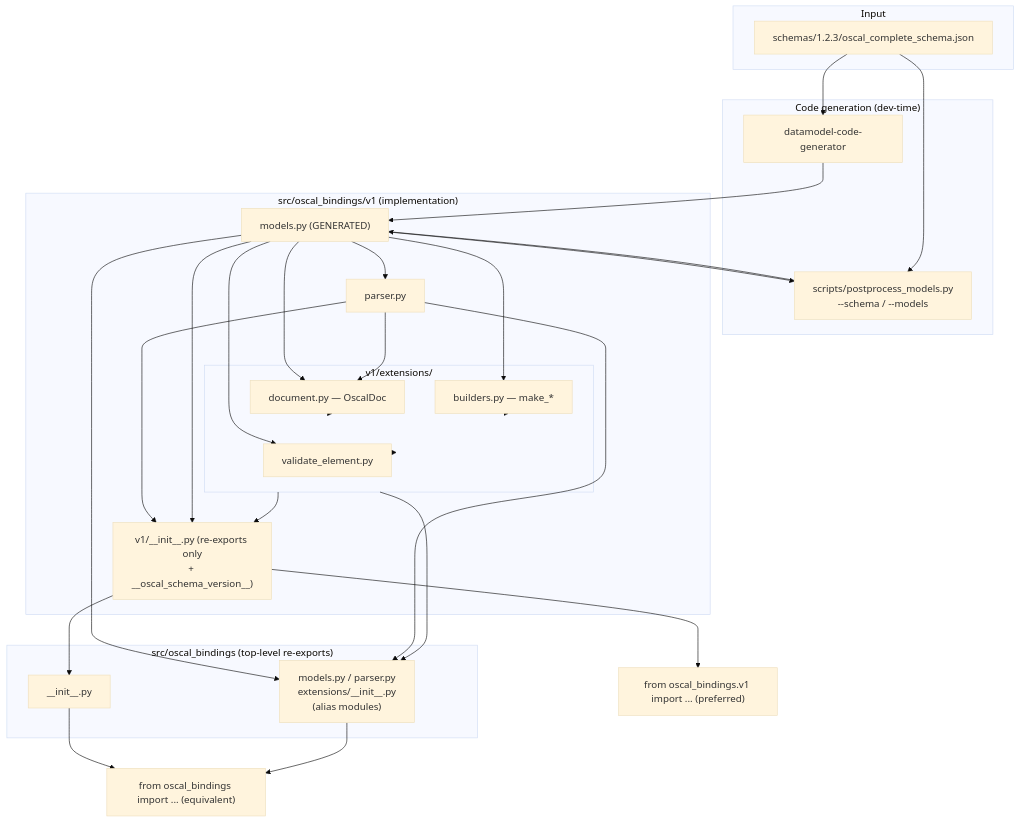
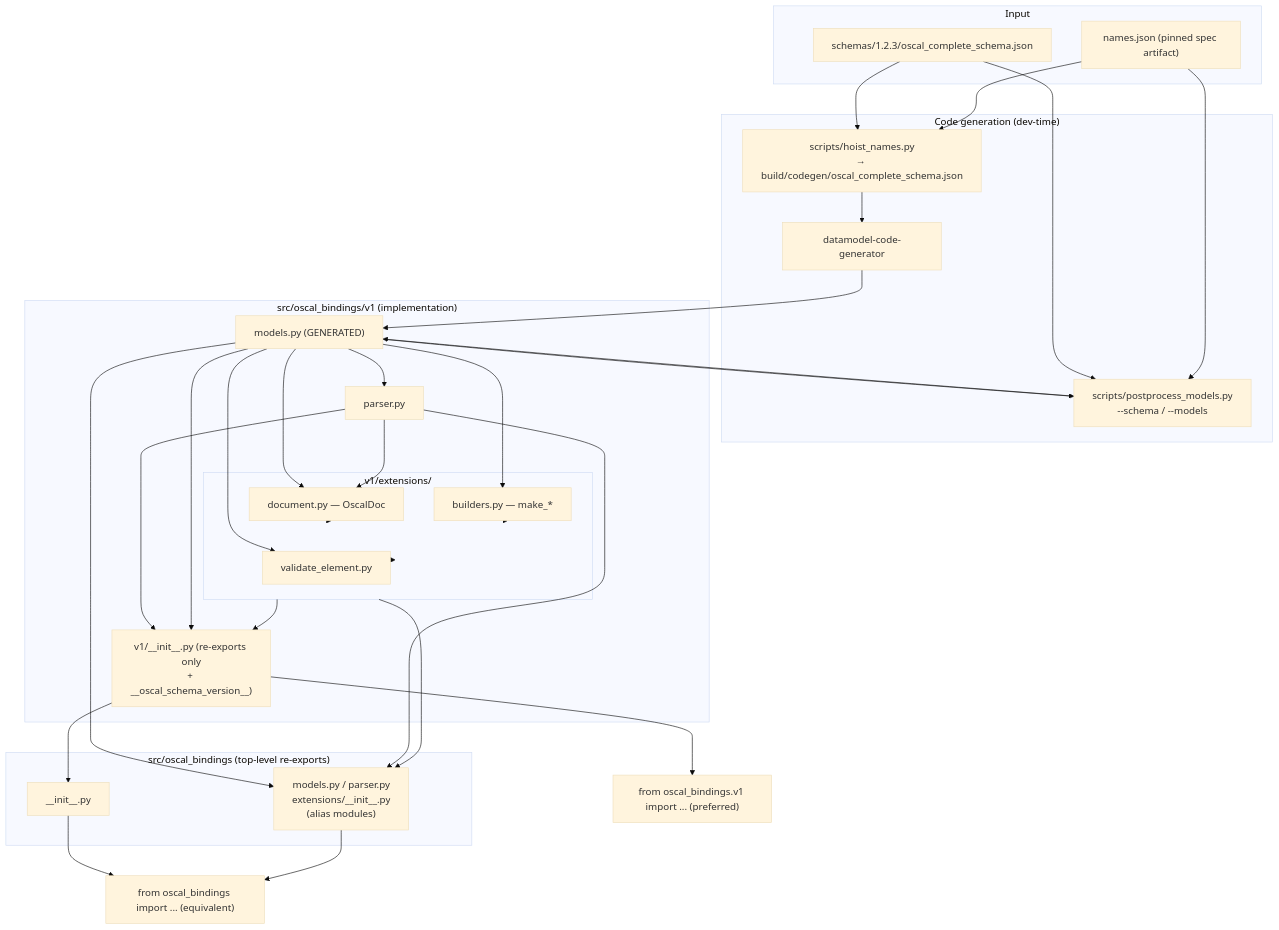
Before and after one commit to cairn-proofs/oscal-bindings-python: the diagram in .agents/summary/codebase_info.md, drawn with Mermaid (base theme). The commit also changed other lines of this file and 50 other files, not shown here.

First line of the commit message:
feat!: generate the models from names.json of the spec artifact (#16, #21)

````diff
--- a/.agents/summary/codebase_info.md
+++ b/.agents/summary/codebase_info.md
@@ -82,47 +89,51 @@
 ```mermaid
 graph TD
     subgraph Input
         SCHEMA["schemas/1.2.3/oscal_complete_schema.json"]
+        NAMES["names.json (pinned spec artifact)"]
     end
     subgraph Codegen["Code generation (dev-time)"]
+        HOIST["scripts/hoist_names.py<br/>→ build/codegen/oscal_complete_schema.json"]
         DCG["datamodel-code-generator"]
         PP["scripts/postprocess_models.py<br/>--schema / --models"]
     end
     subgraph V1["src/oscal_bindings/v1 (implementation)"]
         MODELS["models.py (GENERATED)"]
         PARSER["parser.py"]
         INIT["v1/__init__.py (re-exports only<br/>+ __oscal_schema_version__)"]
         subgraph Ext["v1/extensions/"]
             DOC["document.py — OscalDoc"]
             BLD["builders.py — make_*"]
             VAL["validate_element.py"]
         end
     end
     subgraph Shim["src/oscal_bindings (top-level re-exports)"]
         TOP["__init__.py"]
         ALIAS["models.py / parser.py<br/>extensions/__init__.py<br/>(alias modules)"]
     end
     NEW["from oscal_bindings.v1 import ... (preferred)"]
     OLD["from oscal_bindings import ... (equivalent)"]
 
-    SCHEMA --> DCG --> MODELS
+    SCHEMA --> HOIST
+    NAMES --> HOIST --> DCG --> MODELS
     SCHEMA --> PP
+    NAMES --> PP
     MODELS --> PP --> MODELS
     MODELS --> PARSER
     MODELS --> DOC
     MODELS --> BLD
     MODELS --> VAL
     PARSER --> DOC
     PARSER --> INIT
     DOC --> Ext
     BLD --> Ext
     VAL --> Ext
     Ext --> INIT
     MODELS --> INIT
     INIT --> NEW
     INIT --> TOP --> OLD
     MODELS --> ALIAS
     PARSER --> ALIAS
     Ext --> ALIAS
     ALIAS --> OLD
 ```
````
